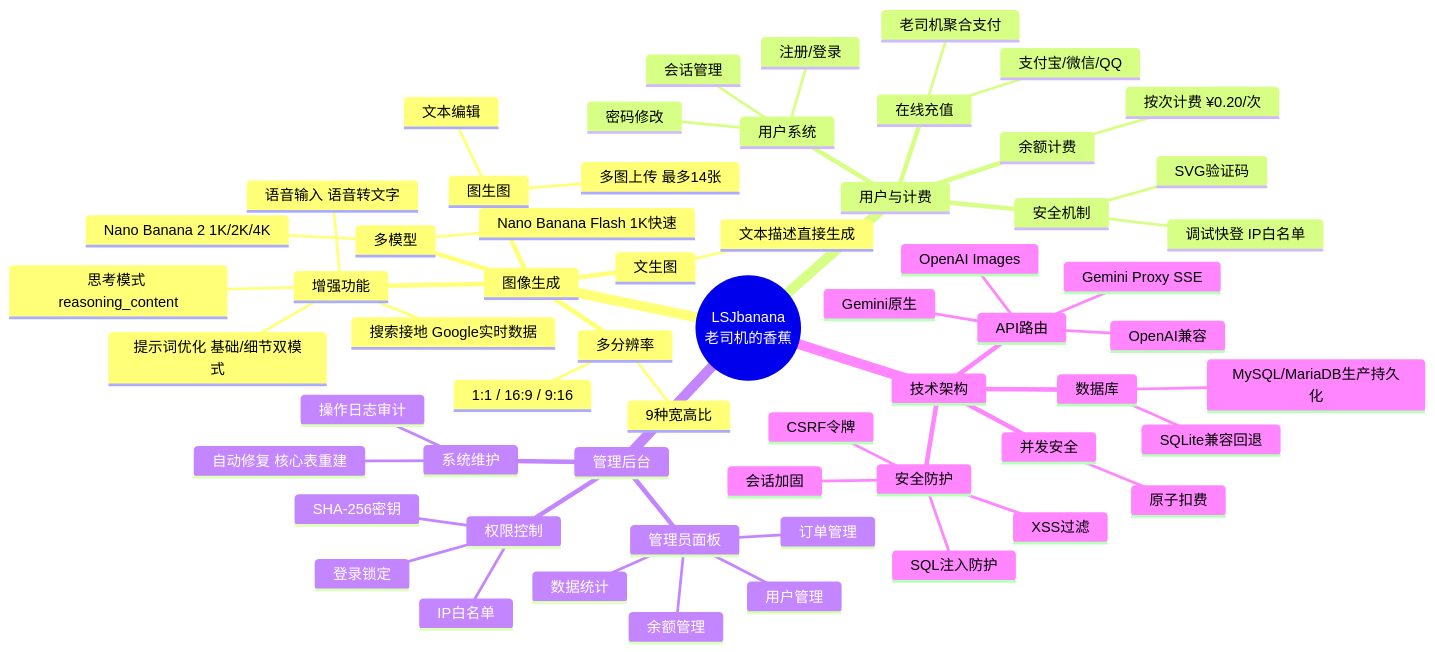
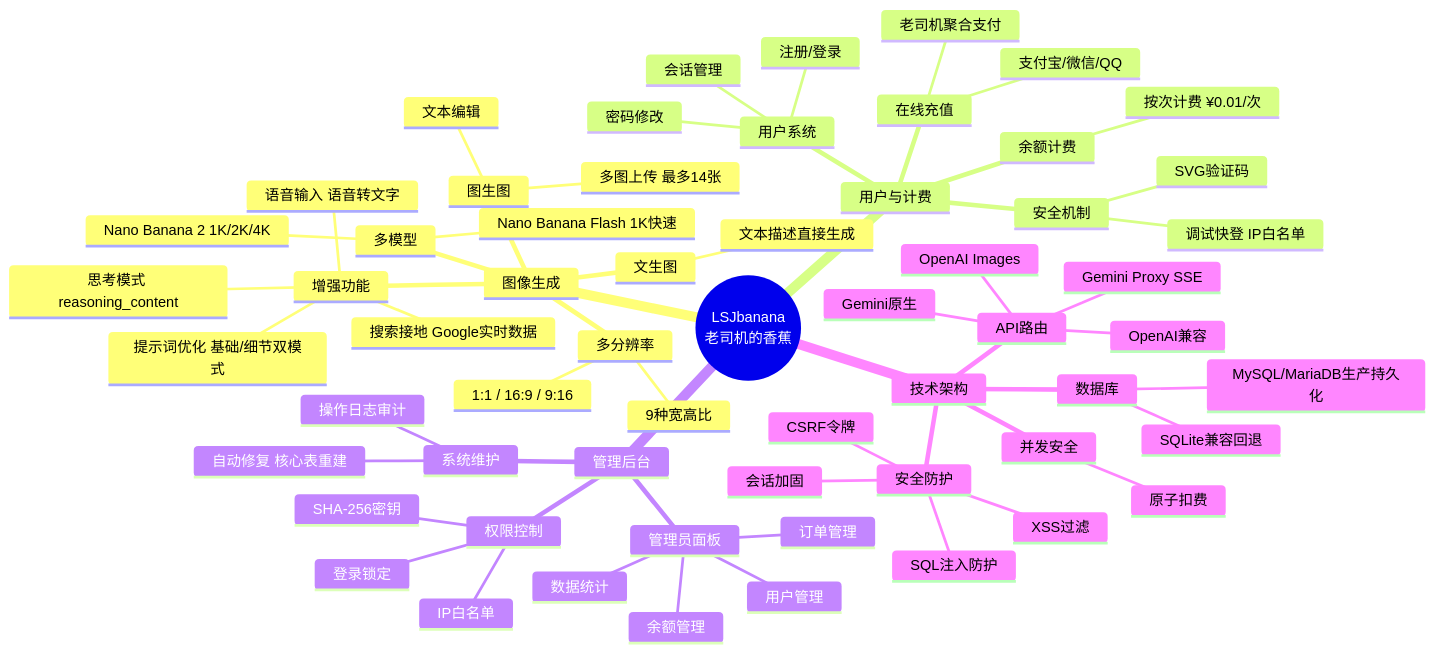
Before and after one commit to RusianHu/LSJbanana: the diagram in README.md, drawn with Mermaid. The commit also changed 5 other files, not shown here.

````diff
--- a/README.md
+++ b/README.md
@@ -9,63 +9,63 @@
 ```mermaid
 mindmap
   root((LSJbanana<br>老司机的香蕉))
     图像生成
       文生图
         文本描述直接生成
       图生图
         多图上传 最多14张
         文本编辑
       多模型
         Nano Banana 2 1K/2K/4K
         Nano Banana Flash 1K快速
       多分辨率
         9种宽高比
         1:1 / 16:9 / 9:16
       增强功能
         搜索接地 Google实时数据
         提示词优化 基础/细节双模式
         语音输入 语音转文字
         思考模式 reasoning_content
     用户与计费
       用户系统
         注册/登录
         会话管理
         密码修改
       余额计费
-        按次计费 ¥0.20/次
+        按次计费 ¥0.01/次
       在线充值
         老司机聚合支付
         支付宝/微信/QQ
       安全机制
         SVG验证码
         调试快登 IP白名单
     管理后台
       管理员面板
         用户管理
         订单管理
         余额管理
         数据统计
       权限控制
         SHA-256密钥
         IP白名单
         登录锁定
       系统维护
         操作日志审计
         自动修复 核心表重建
     技术架构
       数据库
         MySQL/MariaDB生产持久化
         SQLite兼容回退
       API路由
         Gemini原生
         OpenAI兼容
         OpenAI Images
         Gemini Proxy SSE
       安全防护
         CSRF令牌
         SQL注入防护
         XSS过滤
         会话加固
       并发安全
         原子扣费
 ```
````
